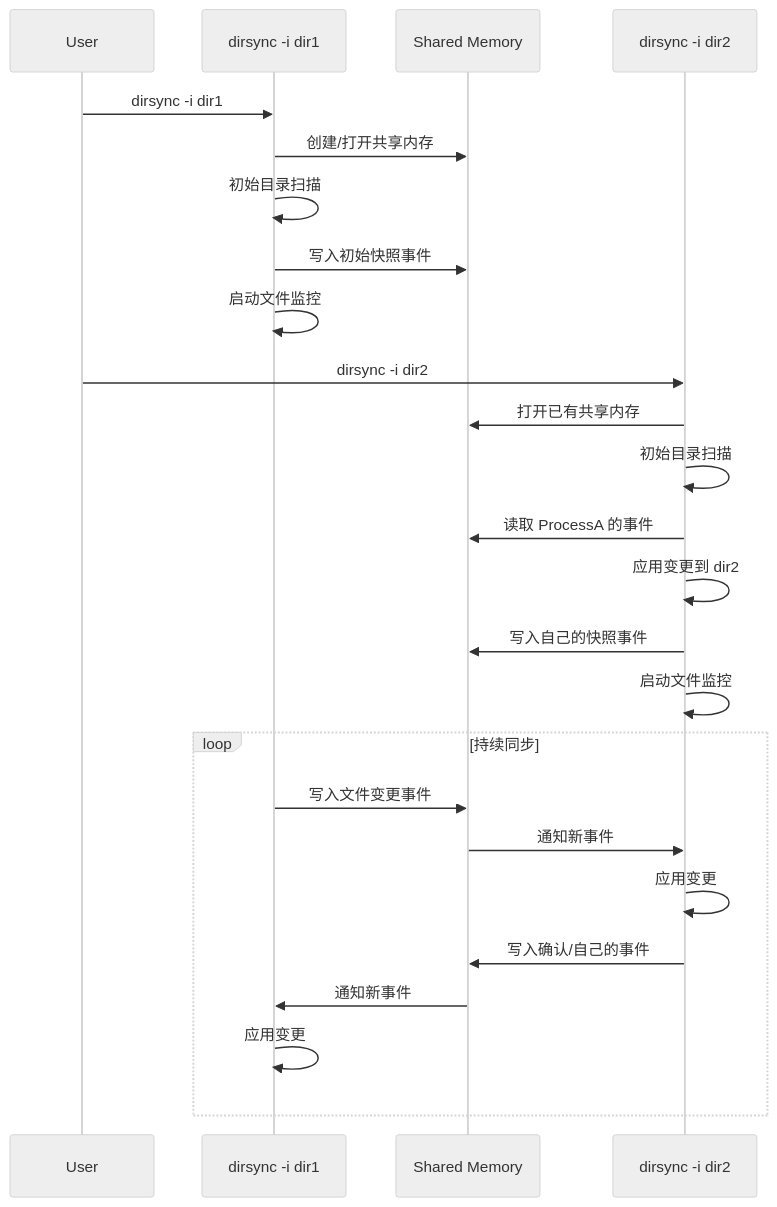
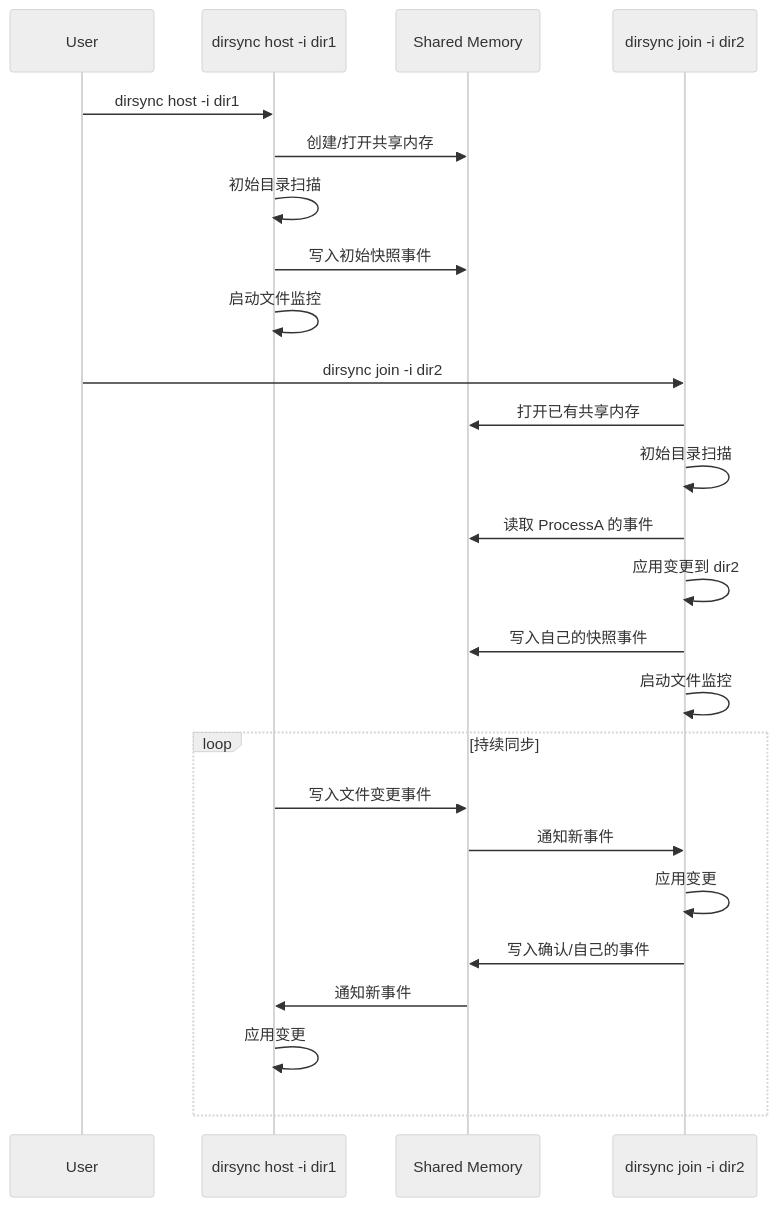
Before and after one commit to GreyRaphael/dirsync: the ninth of 10 diagrams in docs/development-plan.md, drawn with Mermaid (neutral theme). The commit also changed other lines of this file and 4 other files, not shown here.

````diff
--- a/docs/development-plan.md
+++ b/docs/development-plan.md
@@ -253,30 +253,30 @@
 ```mermaid
 sequenceDiagram
     participant User
-    participant ProcessA as dirsync -i dir1
+    participant ProcessA as dirsync host -i dir1
     participant SHM as Shared Memory
-    participant ProcessB as dirsync -i dir2
+    participant ProcessB as dirsync join -i dir2
 
-    User->>ProcessA: dirsync -i dir1
+    User->>ProcessA: dirsync host -i dir1
     ProcessA->>SHM: 创建/打开共享内存
     ProcessA->>ProcessA: 初始目录扫描
     ProcessA->>SHM: 写入初始快照事件
     ProcessA->>ProcessA: 启动文件监控
 
-    User->>ProcessB: dirsync -i dir2
+    User->>ProcessB: dirsync join -i dir2
     ProcessB->>SHM: 打开已有共享内存
     ProcessB->>ProcessB: 初始目录扫描
     ProcessB->>SHM: 读取 ProcessA 的事件
     ProcessB->>ProcessB: 应用变更到 dir2
     ProcessB->>SHM: 写入自己的快照事件
     ProcessB->>ProcessB: 启动文件监控
 
     loop 持续同步
         ProcessA->>SHM: 写入文件变更事件
         SHM->>ProcessB: 通知新事件
         ProcessB->>ProcessB: 应用变更
         ProcessB->>SHM: 写入确认/自己的事件
         SHM->>ProcessA: 通知新事件
         ProcessA->>ProcessA: 应用变更
     end
 ```
````
